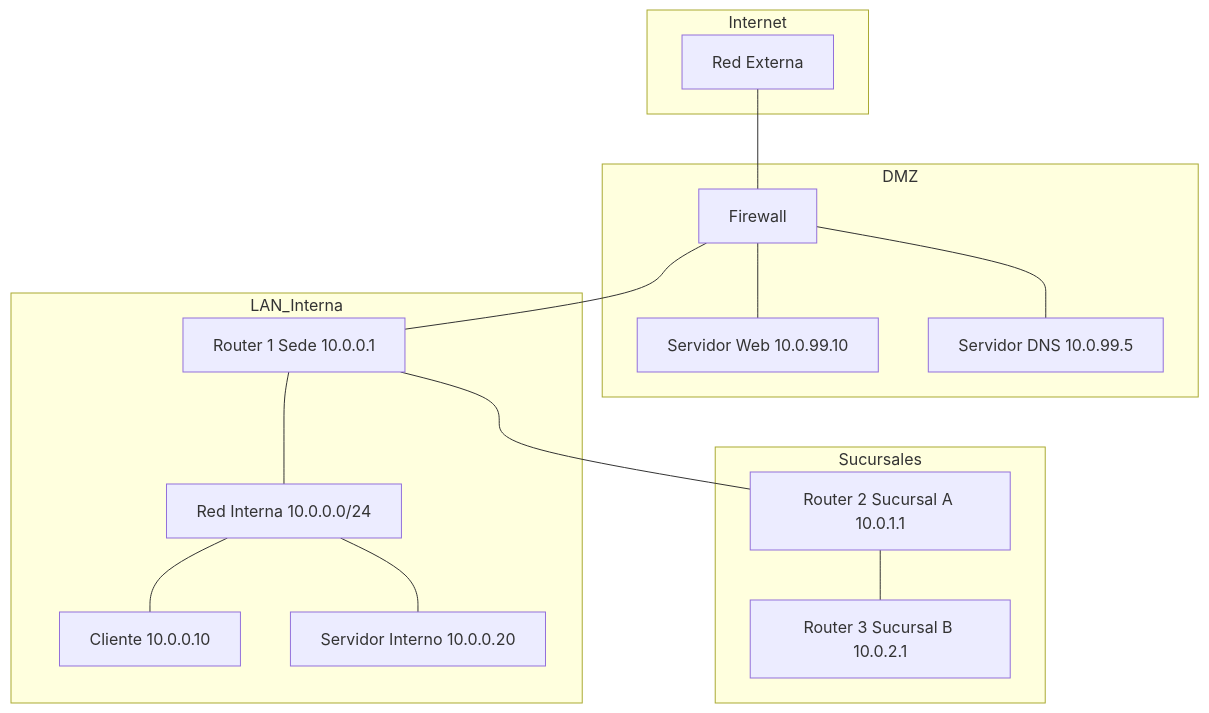
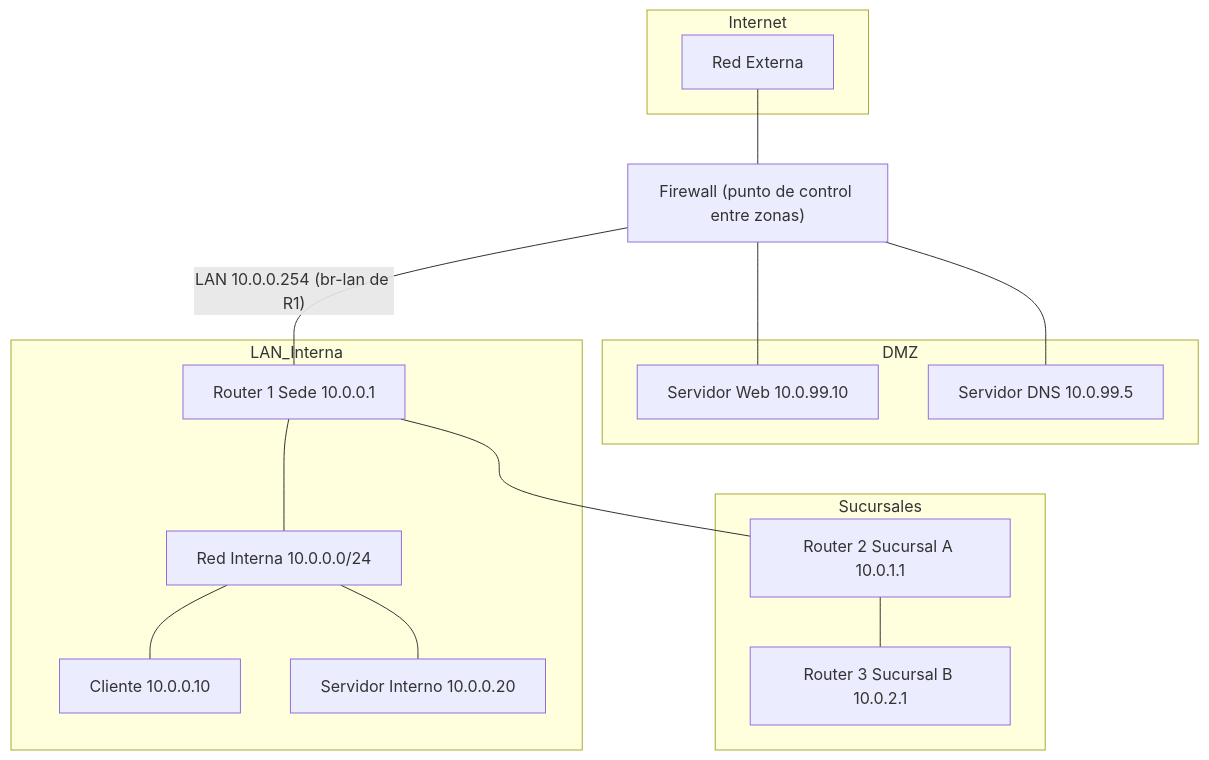
Before and after one commit to asideloko/Networking-Lab: the diagram in docs/labs/lab-08/index.md, drawn with Mermaid. The commit also changed other lines of this file and 18 other files, not shown here.

````diff
--- a/docs/labs/lab-08/index.md
+++ b/docs/labs/lab-08/index.md
@@ -45,30 +45,30 @@
 ```mermaid
 graph TB
     subgraph Internet
         EXT[Red Externa]
     end
+    FW["Firewall (punto de control entre zonas)"]
     subgraph DMZ
-        FW[Firewall]
         WEB[Servidor Web 10.0.99.10]
         DNS_PUB[Servidor DNS 10.0.99.5]
     end
     subgraph LAN_Interna
         R1[Router 1 Sede 10.0.0.1]
         LAN1[Red Interna 10.0.0.0/24]
         CLI[Cliente 10.0.0.10]
         SRV[Servidor Interno 10.0.0.20]
     end
     subgraph Sucursales
         R2[Router 2 Sucursal A 10.0.1.1]
         R3[Router 3 Sucursal B 10.0.2.1]
     end
     EXT --- FW
     FW --- WEB
     FW --- DNS_PUB
-    FW --- R1
+    FW ---|"LAN 10.0.0.254 (br-lan de R1)"| R1
     R1 --- LAN1
     LAN1 --- CLI
     LAN1 --- SRV
     R1 --- R2
     R2 --- R3
 ```
````
